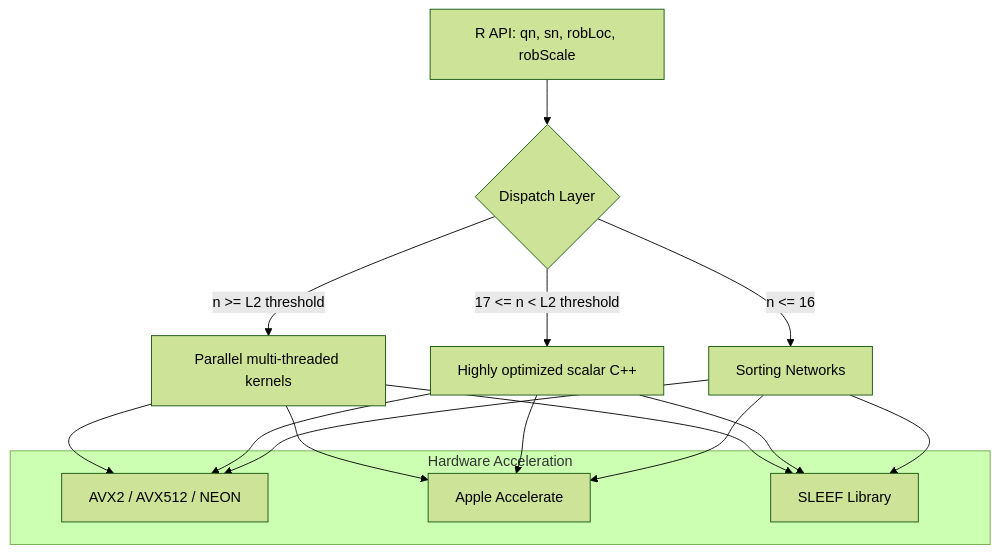
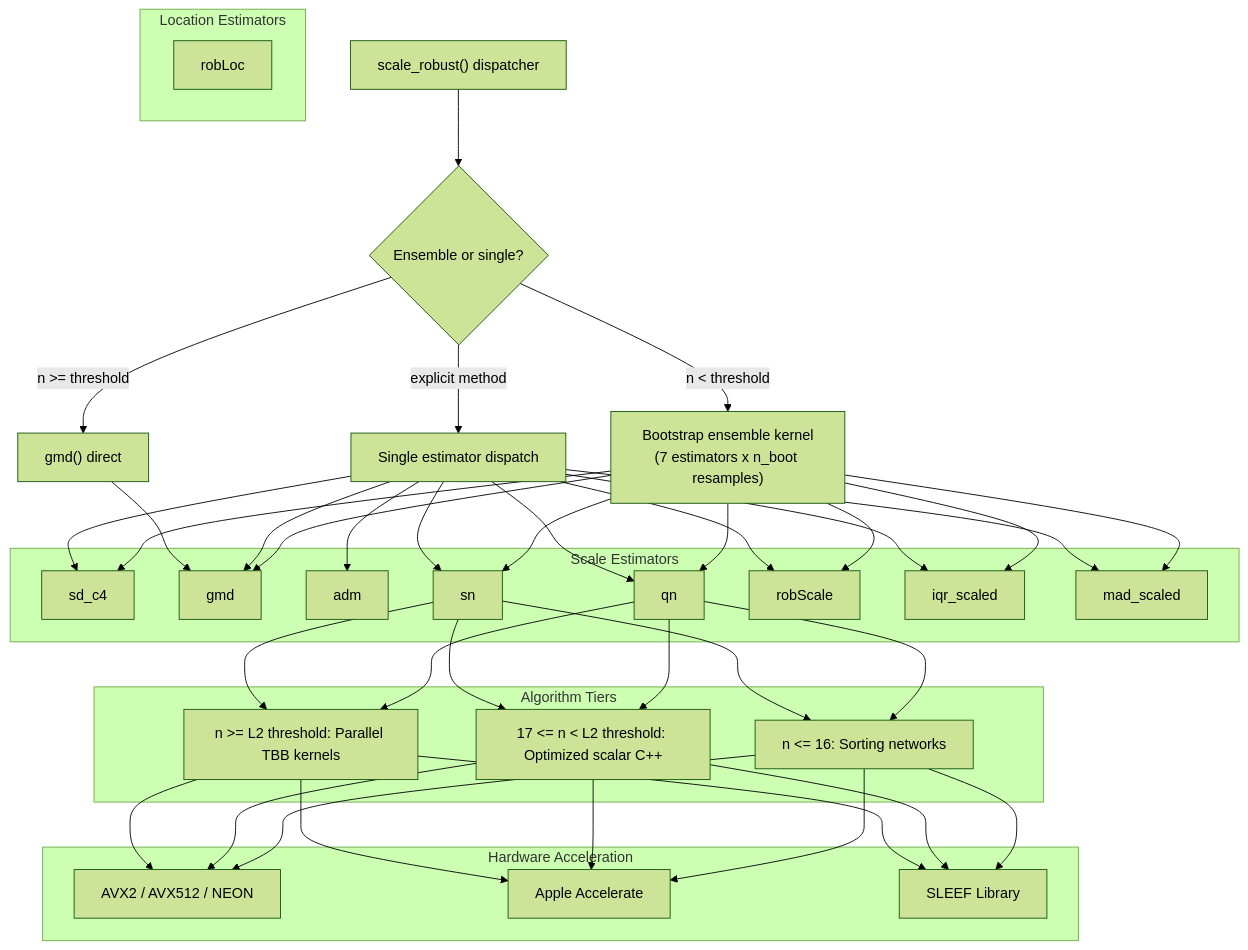
One commit to davdittrich/robscale changed the fourth of 4 diagrams in README.qmd. Above: the diagram before and after it, drawn with Mermaid (forest theme). The commit also changed other lines of this file and 4 other files, not shown here.

````diff
--- a/README.qmd
+++ b/README.qmd
@@ -621,13 +867,42 @@
 ```mermaid
 graph TD
-    A[R API: qn, sn, robLoc, robScale] --> B{Dispatch Layer}
-    B -- "n <= 16" --> C[Sorting Networks]
-    B -- "17 <= n < L2 threshold" --> D[Highly optimized scalar C++]
-    B -- "n >= L2 threshold" --> E[Parallel multi-threaded kernels]
+    SR["scale_robust() dispatcher"] --> ENS{Ensemble or single?}
+    ENS -- "n < threshold" --> BOOT["Bootstrap ensemble kernel<br/>(7 estimators x n_boot resamples)"]
+    ENS -- "n >= threshold" --> GMD_FAST["gmd() direct"]
+    ENS -- "explicit method" --> SINGLE["Single estimator dispatch"]
+
+    subgraph "Scale Estimators"
+        SD["sd_c4"]
+        GMD["gmd"]
+        ADM["adm"]
+        QN["qn"]
+        SN["sn"]
+        RS["robScale"]
+        IQR["iqr_scaled"]
+        MAD["mad_scaled"]
+    end
+
+    subgraph "Location Estimators"
+        RL["robLoc"]
+    end
+
+    BOOT --> SD & GMD & MAD & IQR & SN & QN & RS
+    SINGLE --> SD & GMD & ADM & QN & SN & RS & IQR & MAD
+    GMD_FAST --> GMD
+
+    subgraph "Algorithm Tiers"
+        T1["n <= 16: Sorting networks"]
+        T2["17 <= n < L2 threshold: Optimized scalar C++"]
+        T3["n >= L2 threshold: Parallel TBB kernels"]
+    end
+
+    QN & SN --> T1 & T2 & T3
+
     subgraph "Hardware Acceleration"
         G[AVX2 / AVX512 / NEON]
         H[Apple Accelerate]
         I[SLEEF Library]
     end
-    E & D & C --> G & H & I
+
+    T1 & T2 & T3 --> G & H & I
 ```
````
